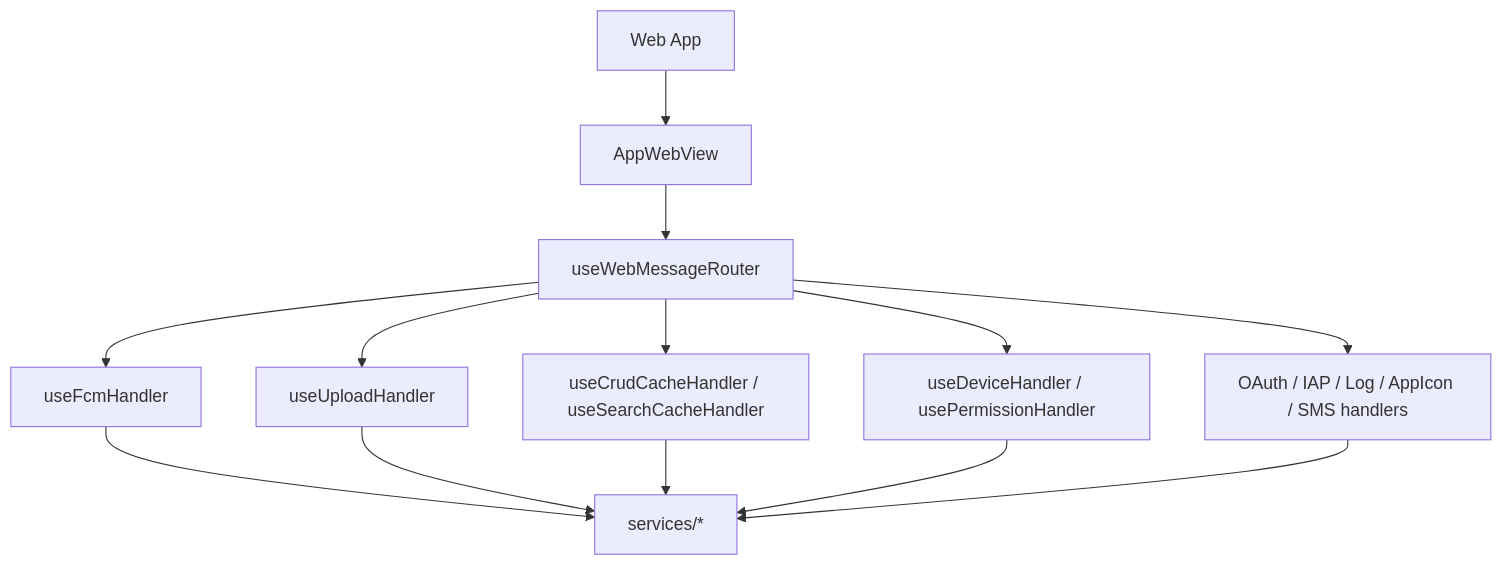
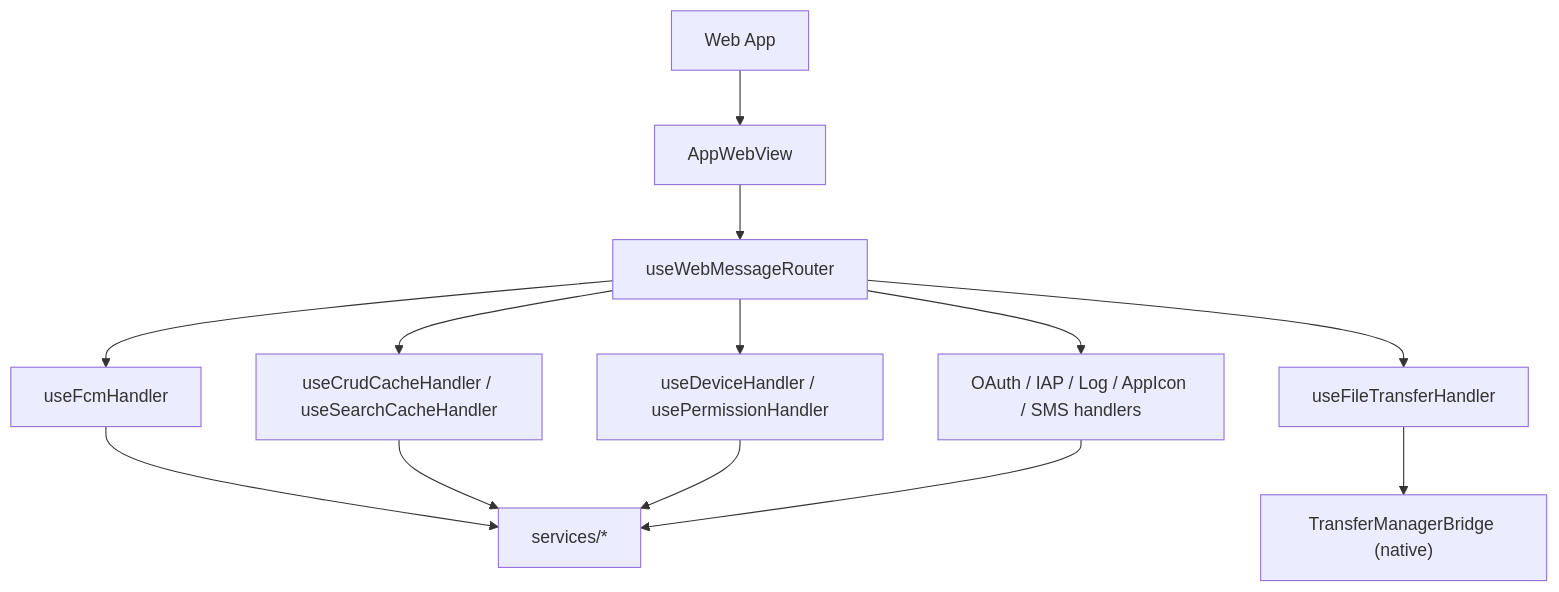
One commit to lemoncloud-io/dou-app changed the first of 2 diagrams in apps/mobile/docs/webview/README.md. Above: the diagram before and after it, drawn with Mermaid. The commit also changed 88 other files, not shown here.

````diff
--- a/apps/mobile/docs/webview/README.md
+++ b/apps/mobile/docs/webview/README.md
@@ -30,15 +30,15 @@
 ```mermaid
 flowchart TD
     WebApp["Web App"] --> RNWebView["AppWebView"]
     RNWebView --> Router["useWebMessageRouter"]
     Router --> FCM["useFcmHandler"]
-    Router --> Upload["useUploadHandler"]
+    Router --> Transfer["useFileTransferHandler"]
     Router --> Cache["useCrudCacheHandler / useSearchCacheHandler"]
     Router --> Device["useDeviceHandler / usePermissionHandler"]
     Router --> Other["OAuth / IAP / Log / AppIcon / SMS handlers"]
     FCM --> Services["services/*"]
-    Upload --> Services
+    Transfer --> Native["TransferManagerBridge (native)"]
     Cache --> Services
     Device --> Services
     Other --> Services
 ```
````
